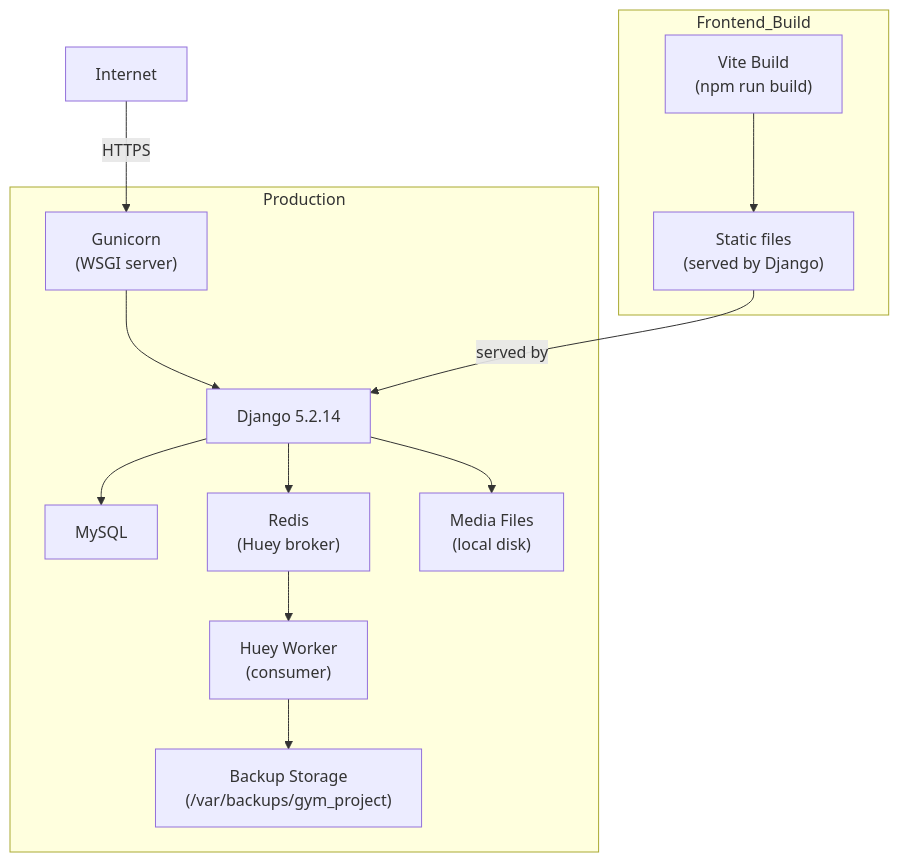
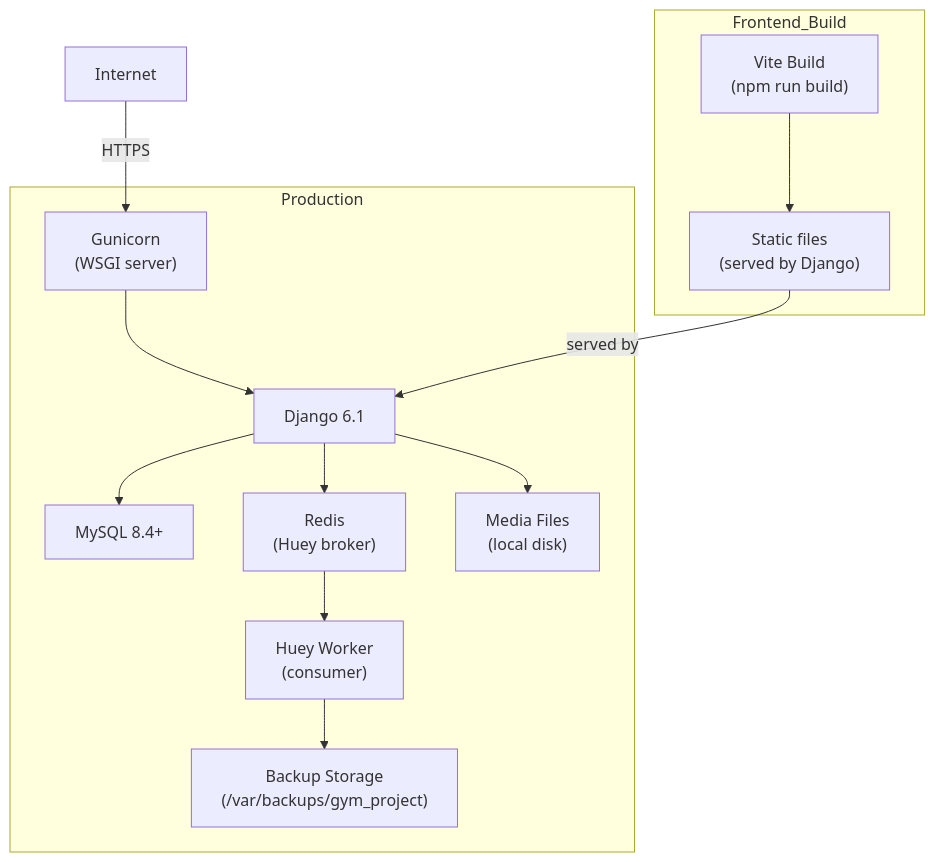
One commit to carlos18bp/gym_project changed the eighth of 8 diagrams in docs/methodology/architecture.md. Above: the diagram before and after it, drawn with Mermaid. The commit also changed other lines of this file and 273 other files, not shown here.

````diff
--- a/docs/methodology/architecture.md
+++ b/docs/methodology/architecture.md
@@ -464,27 +487,27 @@
 ```mermaid
 flowchart TD
     subgraph Production
         Gunicorn["Gunicorn\n(WSGI server)"]
-        Django["Django 5.2.14"]
-        MySQL["MySQL"]
+        Django["Django 6.1"]
+        MySQL["MySQL 8.4+"]
         RedisQ["Redis\n(Huey broker)"]
         HueyW["Huey Worker\n(consumer)"]
         Media["Media Files\n(local disk)"]
         Backup["Backup Storage\n(/var/backups/gym_project)"]
     end
 
     subgraph Frontend_Build
         ViteBuild["Vite Build\n(npm run build)"]
         StaticFiles["Static files\n(served by Django)"]
     end
 
     Internet["Internet"] -->|"HTTPS"| Gunicorn
     Gunicorn --> Django
     Django --> MySQL
     Django --> Media
     Django --> RedisQ
     RedisQ --> HueyW
     HueyW --> Backup
     ViteBuild --> StaticFiles
     StaticFiles -->|"served by"| Django
 ```
````
